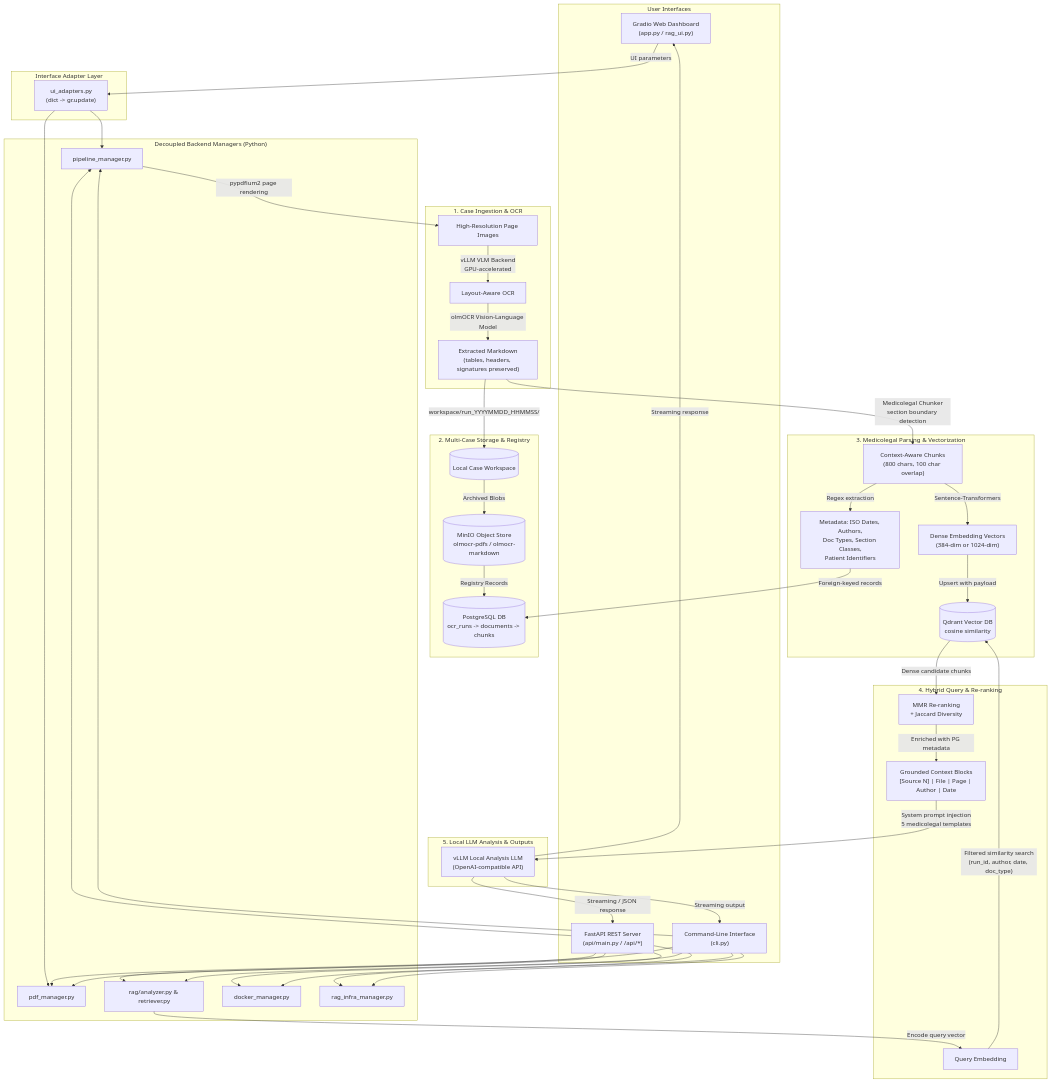
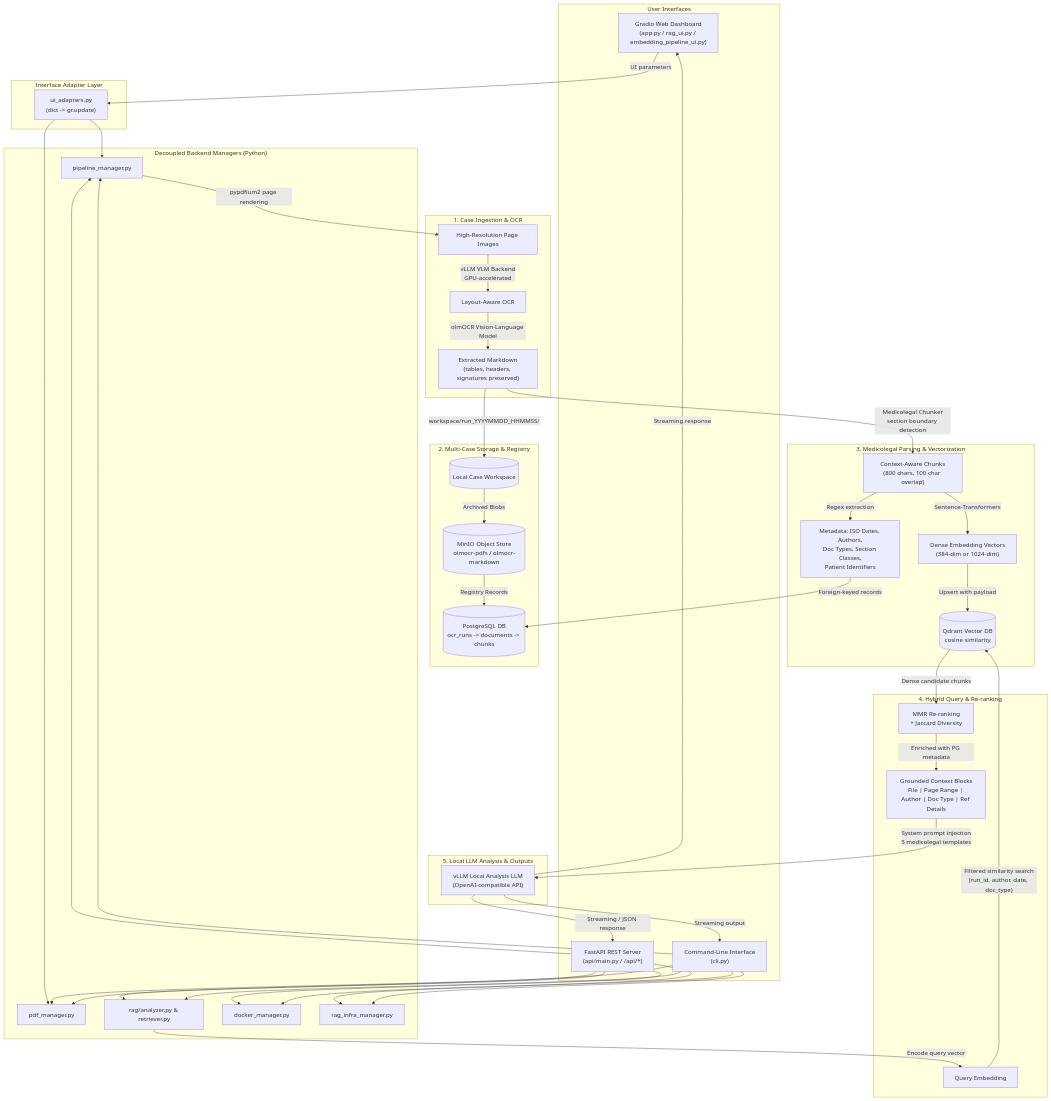
Before and after one commit to r70pro/CORAG: the first of 3 diagrams in medicolegal_rag_guide.md, drawn with Mermaid. The commit also changed other lines of this file and 17 other files, not shown here.

Commit message:
Update RAG embedding pipeline UI, caching, settings, diagnostics, and test coverage

````diff
--- a/medicolegal_rag_guide.md
+++ b/medicolegal_rag_guide.md
@@ -17,63 +17,63 @@
 ```mermaid
 flowchart TD
     subgraph UI ["User Interfaces"]
-        UI_Gradio["Gradio Web Dashboard<br/>(app.py / rag_ui.py)"]
+        UI_Gradio["Gradio Web Dashboard<br/>(app.py / rag_ui.py / embedding_pipeline_ui.py)"]
         UI_API["FastAPI REST Server<br/>(api/main.py / /api/*)"]
         UI_CLI["Command-Line Interface<br/>(cli.py)"]
     end
 
     subgraph Adapters ["Interface Adapter Layer"]
         UI_Gradio -->|UI parameters| UI_Bridge["ui_adapters.py<br/>(dict -> gr.update)"]
     end
 
     subgraph Core ["Decoupled Backend Managers (Python)"]
         UI_Bridge --> Core_Pipeline["pipeline_manager.py"]
         UI_Bridge --> Core_PDF["pdf_manager.py"]
         
         UI_API --> Core_Pipeline
         UI_API --> Core_PDF
         UI_API --> Core_RAG["rag/analyzer.py & retriever.py"]
         UI_API --> Core_Docker["docker_manager.py"]
         UI_API --> Core_Infra["rag_infra_manager.py"]
 
         UI_CLI --> Core_Pipeline
         UI_CLI --> Core_PDF
         UI_CLI --> Core_RAG
         UI_CLI --> Core_Docker
         UI_CLI --> Core_Infra
     end
 
     subgraph Ingestion ["1. Case Ingestion & OCR"]
         Core_Pipeline -->|pypdfium2 page rendering| B["High-Resolution Page Images"]
         B -->|vLLM VLM Backend<br/>GPU-accelerated| C["Layout-Aware OCR"]
         C -->|olmOCR Vision-Language Model| D["Extracted Markdown<br/>(tables, headers, signatures preserved)"]
     end
 
     subgraph Storage ["2. Multi-Case Storage & Registry"]
         D -->|"workspace/run_YYYYMMDD_HHMMSS/"| E[("Local Case Workspace")]
         E -->|Archived Blobs| F[("MinIO Object Store<br/>olmocr-pdfs / olmocr-markdown")]
         F -->|Registry Records| G[("PostgreSQL DB<br/>ocr_runs -> documents -> chunks")]
     end
 
     subgraph Indexing ["3. Medicolegal Parsing & Vectorization"]
         D -->|Medicolegal Chunker<br/>section boundary detection| H["Context-Aware Chunks<br/>(800 chars, 100 char overlap)"]
         H -->|Regex extraction| I["Metadata: ISO Dates, Authors,<br/>Doc Types, Section Classes,<br/>Patient Identifiers"]
         H -->|Sentence-Transformers| J["Dense Embedding Vectors<br/>(384-dim or 1024-dim)"]
         J -->|Upsert with payload| K[("Qdrant Vector DB<br/>cosine similarity")]
         I -->|Foreign-keyed records| G
     end
 
     subgraph Retrieval ["4. Hybrid Query & Re-ranking"]
         Core_RAG -->|Encode query vector| M["Query Embedding"]
         M -->|"Filtered similarity search<br/>(run_id, author, date, doc_type)"| K
         K -->|Dense candidate chunks| N["MMR Re-ranking<br/>+ Jaccard Diversity"]
-        N -->|Enriched with PG metadata| O["Grounded Context Blocks<br/>[Source N] | File | Page | Author | Date"]
+        N -->|Enriched with PG metadata| O["Grounded Context Blocks<br/>File | Page Range | Author | Doc Type | Ref Details"]
     end
 
     subgraph Generation ["5. Local LLM Analysis & Outputs"]
         O -->|System prompt injection<br/>5 medicolegal templates| P["vLLM Local Analysis LLM<br/>(OpenAI-compatible API)"]
         P -->|Streaming response| UI_Gradio
         P -->|Streaming / JSON response| UI_API
         P -->|Streaming output| UI_CLI
     end
 ```
````
